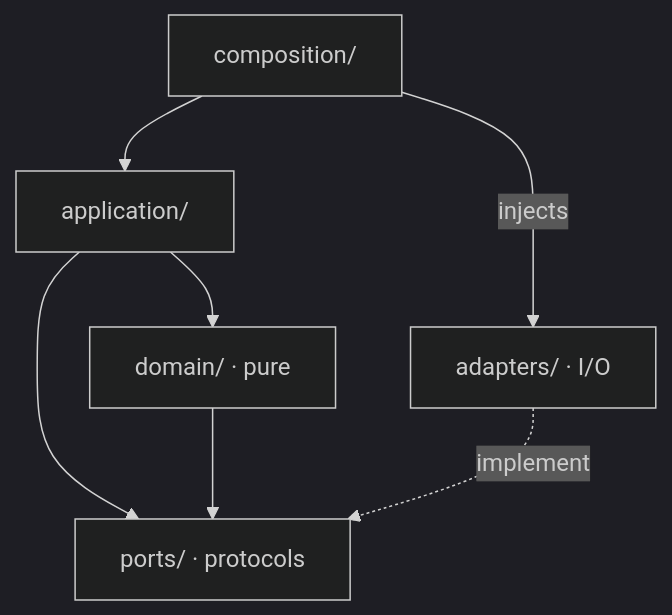
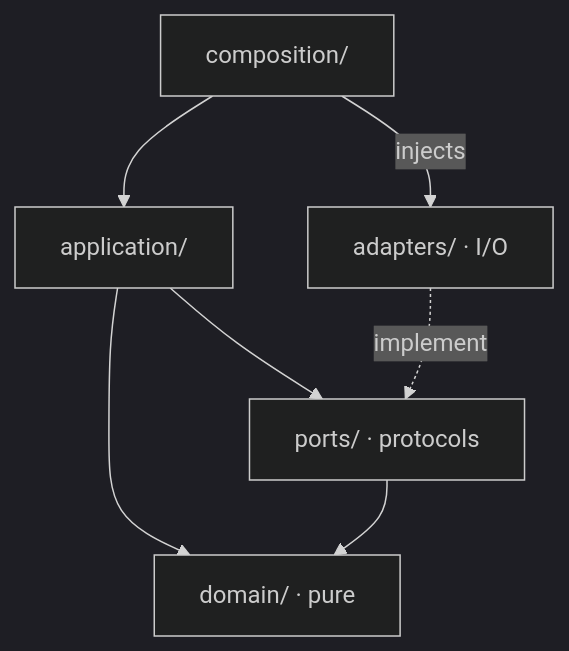
One commit to mission-titar/p2pwatch changed the fourth of 12 diagrams in docs/contributing/architecture.md. Above: the diagram before and after it, drawn with Mermaid (dark theme). The commit also changed other lines of this file and 11 other files, not shown here.

````diff
--- a/docs/contributing/architecture.md
+++ b/docs/contributing/architecture.md
@@ -152,15 +152,15 @@
 ```mermaid
 flowchart TB
   comp["composition/"]
   appl["application/"]
   dom["domain/ · pure"]
   ports["ports/ · protocols"]
   adp["adapters/ · I/O"]
 
   comp --> appl
   appl --> dom
   appl --> ports
-  dom --> ports
+  ports --> dom
   comp -->|injects| adp
   adp -.->|implement| ports
 ```
````
